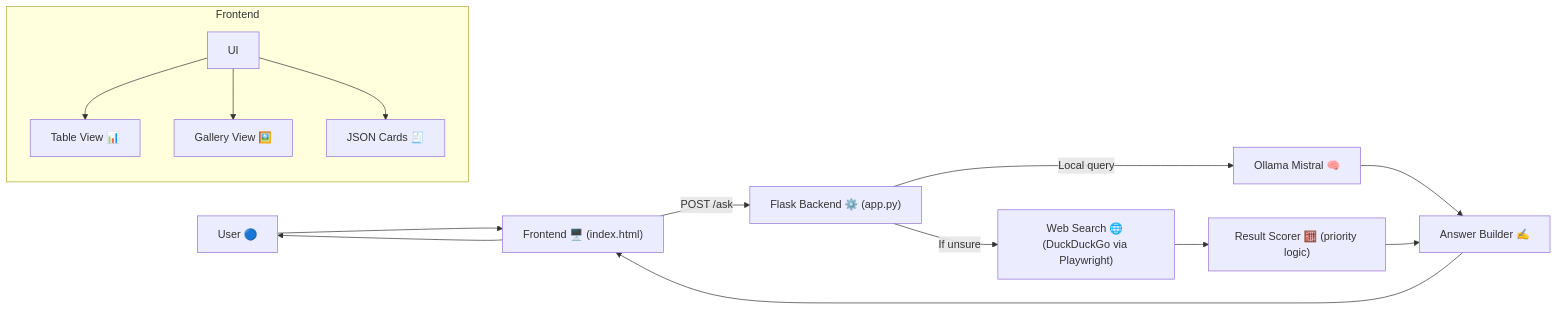
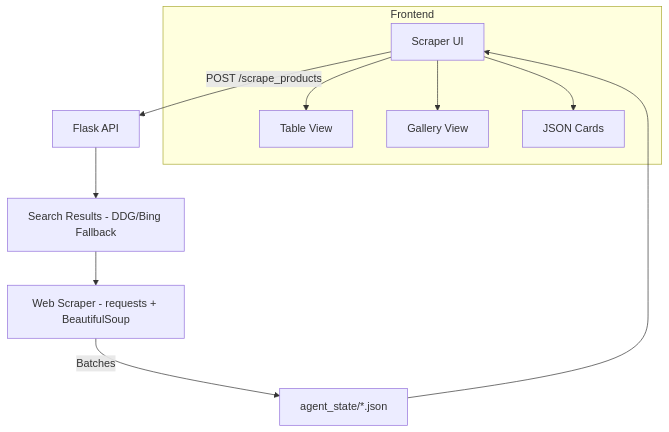
One commit to AshmitThakur23/Local-AI-Web-Navigator changed the third of 3 diagrams in README.md. Above: the diagram before and after it, drawn with Mermaid. The commit also changed other lines of this file, not shown here.

Commit message:
Refine architecture overview and sequence diagrams
Updated architecture diagrams and participant labels for clarity.

````diff
--- a/README.md
+++ b/README.md
@@ -184,17 +184,13 @@
 ```mermaid
-flowchart LR
-  U["User 🔵"] --> F["Frontend 🖥️ (index.html)"]
-  F -->|POST /ask| B["Flask Backend ⚙️ (app.py)"]
-  B -->|Local query| L["Ollama Mistral 🧠"]
-  B -->|If unsure| S["Web Search 🌐 (DuckDuckGo via Playwright)"]
-  S --> R["Result Scorer 🧮 (priority logic)"]
-  L --> A["Answer Builder ✍️"]
-  R --> A
-  A --> F
-  F --> U
+flowchart TD
+  UI["Scraper UI"] -->|POST /scrape_products| API["Flask API"]
+  API --> SR["Search Results - DDG/Bing Fallback"]
+  SR --> WB["Web Scraper - requests + BeautifulSoup"]
+  WB -->|Batches| FS["agent_state/*.json"]
+  FS --> UI
   subgraph Frontend
-    UI --> TableView[Table View 📊]
-    UI --> GalleryView[Gallery View 🖼️]
-    UI --> Cards[JSON Cards 🧾]
+    UI --> TableView["Table View"]
+    UI --> GalleryView["Gallery View"]
+    UI --> Cards["JSON Cards"]
   end
 ```
````
